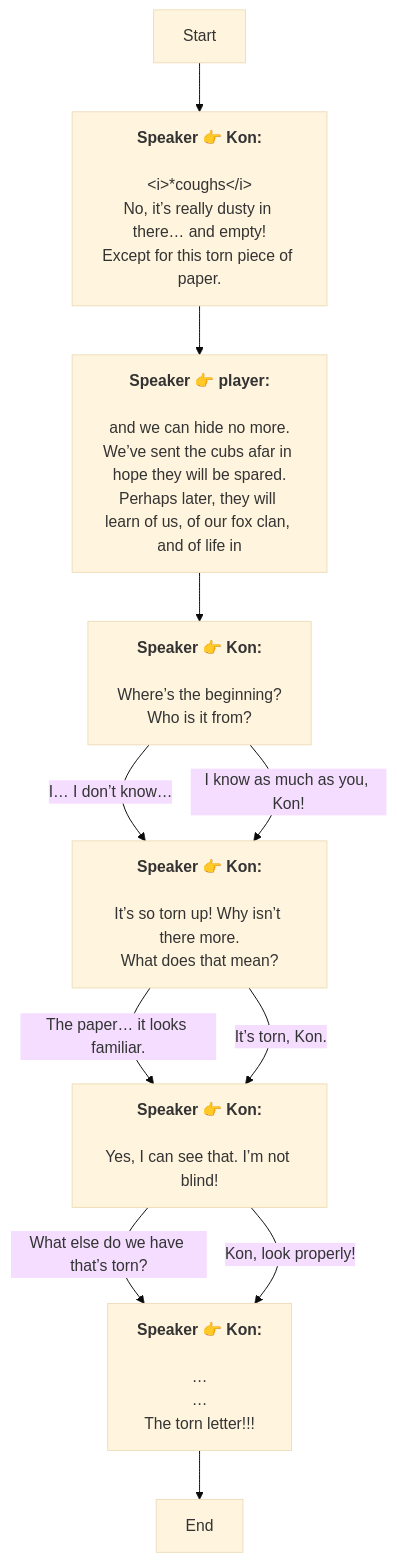
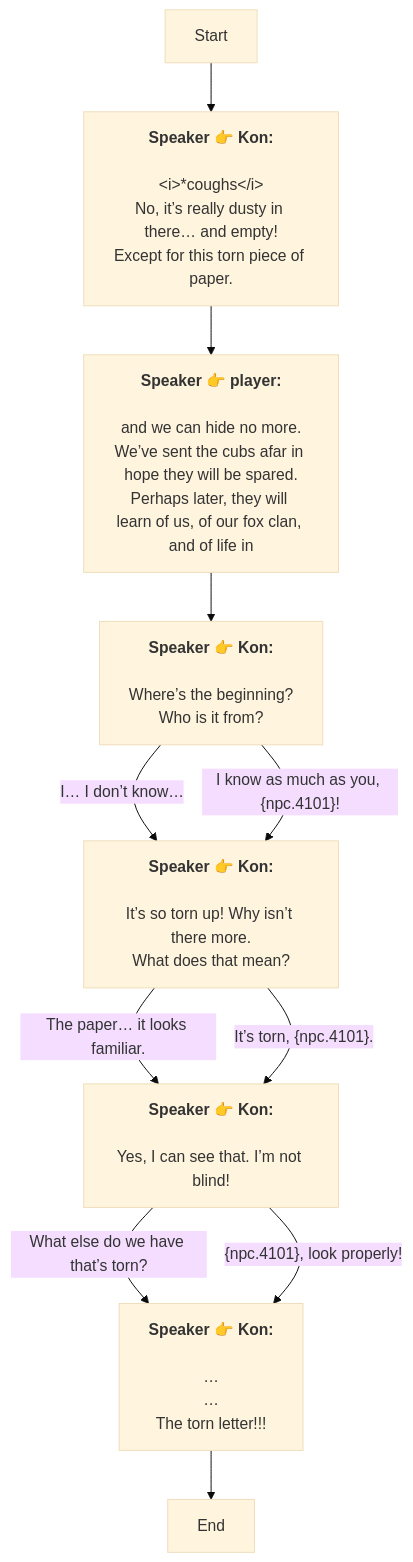
Before and after one commit to SoftHu/tos_avg: the diagram in En/QuestStartTalkENode_1777231621024026.md, drawn with Mermaid (base theme). The commit also changed 730 other files, not shown here.

````diff
--- a/En/QuestStartTalkENode_1777231621024026.md
+++ b/En/QuestStartTalkENode_1777231621024026.md
@@ -1,28 +1,28 @@
 ```mermaid
 graph
 Start -->1777231742861598[<b>Speaker 👉 Kon:</b>
 \n&lt;i&gt;*coughs&lt;/i&gt;
 No, it’s really dusty in there… and empty!
 Except for this torn piece of paper.]
 1777231742861598 -->1777231788103967[<b>Speaker 👉 player:</b>
 \nand we can hide no more.
 We’ve sent the cubs afar in hope they will be spared.
 Perhaps later, they will learn of us, of our fox clan, and of life in]
 1777231788103967 -->1777231875552544[<b>Speaker 👉 Kon:</b>
 \nWhere’s the beginning?
 Who is it from?]
 1777231875552544 -->|I… I don’t know…|1777231925755176[<b>Speaker 👉 Kon:</b>
 \nIt’s so torn up! Why isn’t there more.\nWhat does that mean?]
-1777231875552544 -->|I know as much as you, Kon!|1777231925755176[<b>Speaker 👉 Kon:</b>
+1777231875552544 -->|I know as much as you, &lbrace;npc.4101&rbrace;!|1777231925755176[<b>Speaker 👉 Kon:</b>
 \nIt’s so torn up! Why isn’t there more.\nWhat does that mean?]
 1777231925755176 -->|The paper… it looks familiar.|1777231966122290[<b>Speaker 👉 Kon:</b>
 \nYes, I can see that. I’m not blind!]
-1777231925755176 -->|It’s torn, Kon.|1777231966122290[<b>Speaker 👉 Kon:</b>
+1777231925755176 -->|It’s torn, &lbrace;npc.4101&rbrace;.|1777231966122290[<b>Speaker 👉 Kon:</b>
 \nYes, I can see that. I’m not blind!]
 1777231966122290 -->|What else do we have that’s torn?|1777232003859773[<b>Speaker 👉 Kon:</b>
 \n…\n…\nThe torn letter!!!]
-1777231966122290 -->|Kon, look properly!|1777232003859773[<b>Speaker 👉 Kon:</b>
+1777231966122290 -->|&lbrace;npc.4101&rbrace;, look properly!|1777232003859773[<b>Speaker 👉 Kon:</b>
 \n…\n…\nThe torn letter!!!]
 1777232003859773 -->1777232031169856[End]
 
 ```
````
